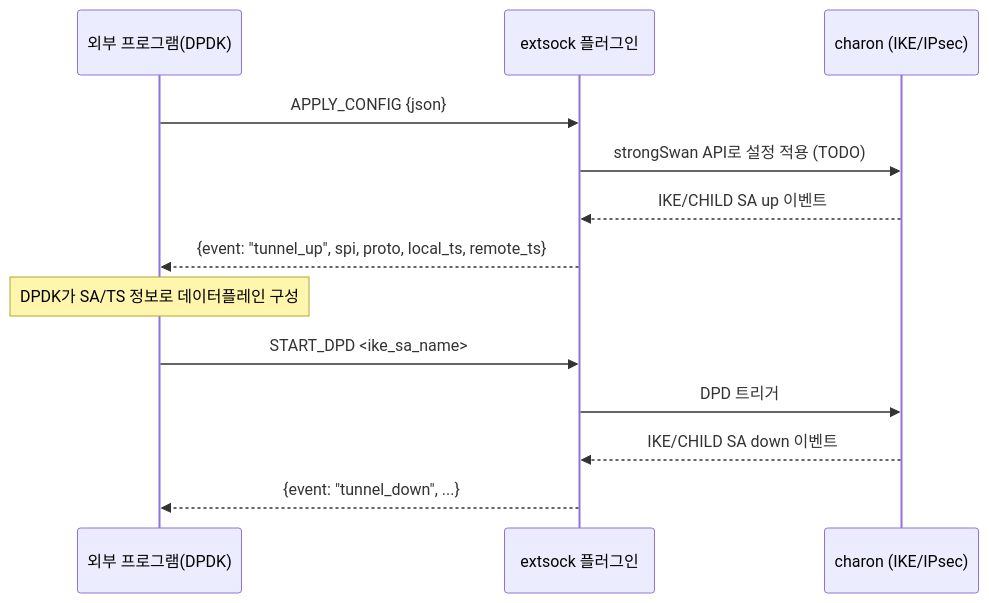
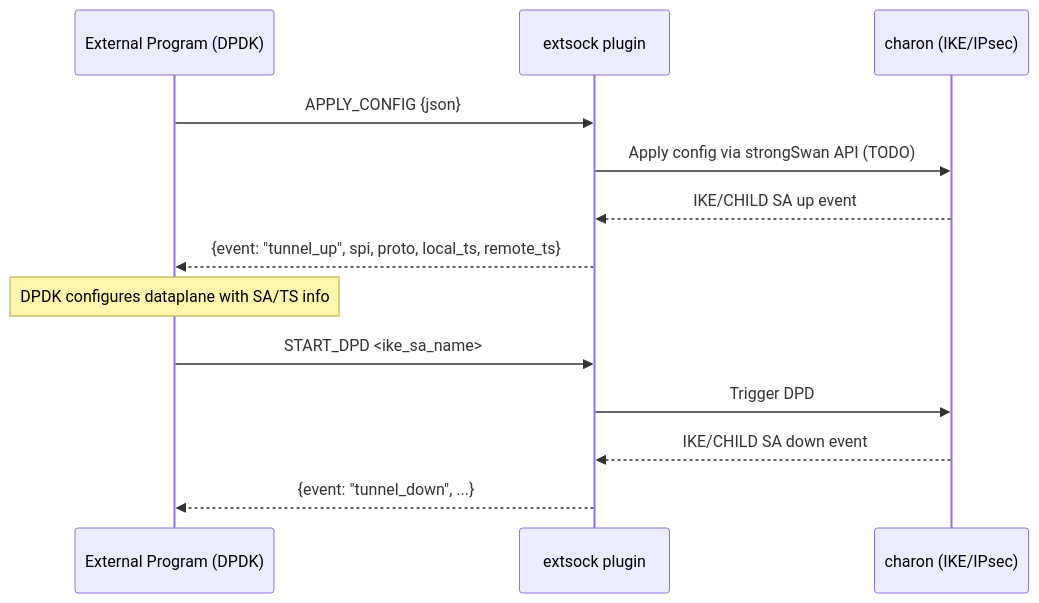
The second of 3 diagrams in src/libcharon/plugins/extsock/Design.md (JiHuDad/strongswan), drawn with Mermaid before and after one commit. The commit also changed other lines of this file, not shown here.

First line of the commit message:
docs: add design diagrams for extsock plugin

````diff
--- a/src/libcharon/plugins/extsock/Design.md
+++ b/src/libcharon/plugins/extsock/Design.md
@@ -23,15 +24,16 @@
 ```mermaid
+%%{init: {'themeVariables': { 'width': '1000' }}}%%
 sequenceDiagram
-    participant ExtProg as 외부 프로그램(DPDK)
-    participant extsock as extsock 플러그인
+    participant ExtProg as External Program (DPDK)
+    participant extsock as extsock plugin
     participant charon as charon (IKE/IPsec)
     ExtProg->>extsock: APPLY_CONFIG {json}
-    extsock->>charon: strongSwan API로 설정 적용 (TODO)
-    charon-->>extsock: IKE/CHILD SA up 이벤트
+    extsock->>charon: Apply config via strongSwan API (TODO)
+    charon-->>extsock: IKE/CHILD SA up event
     extsock-->>ExtProg: {event: "tunnel_up", spi, proto, local_ts, remote_ts}
-    Note over ExtProg: DPDK가 SA/TS 정보로 데이터플레인 구성
+    Note over ExtProg: DPDK configures dataplane with SA/TS info
     ExtProg->>extsock: START_DPD <ike_sa_name>
-    extsock->>charon: DPD 트리거
-    charon-->>extsock: IKE/CHILD SA down 이벤트
+    extsock->>charon: Trigger DPD
+    charon-->>extsock: IKE/CHILD SA down event
     extsock-->>ExtProg: {event: "tunnel_down", ...}
 ```
````
